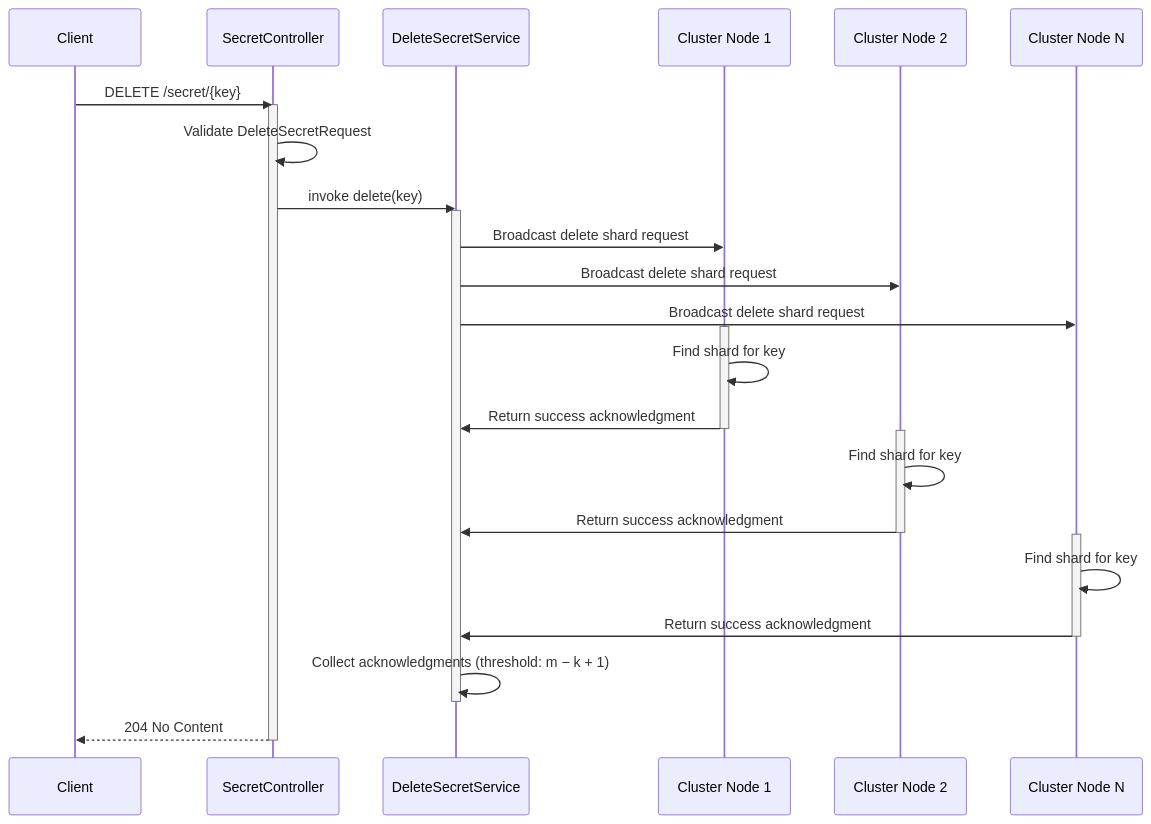
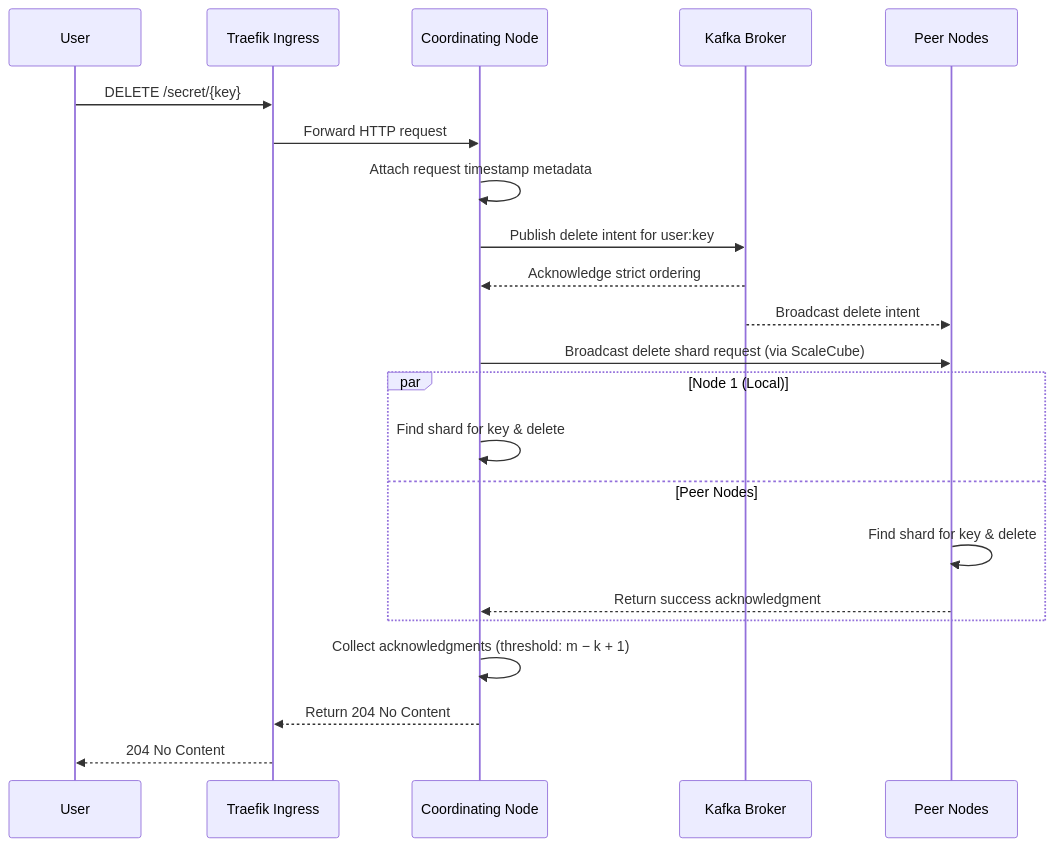
One commit to S26-Distributed-Capstone/DistributedSecretsVault changed the diagram in docs/crud/delete.md. Above: the diagram before and after it, drawn with Mermaid. The commit also changed other lines of this file and 7 other files, not shown here.

````diff
--- a/docs/crud/delete.md
+++ b/docs/crud/delete.md
@@ -29,38 +31,27 @@
 ```mermaid
 sequenceDiagram
-    participant Client
-    participant Controller as SecretController
-    participant Service as DeleteSecretService
-    participant Node1 as Cluster Node 1
-    participant Node2 as Cluster Node 2
-    participant NodeN as Cluster Node N
+    participant User
+    participant Ingress as Traefik Ingress
+    participant Node as Coordinating Node
+    participant Kafka as Kafka Broker
+    participant Peers as Peer Nodes
 
-    Client->>Controller: DELETE /secret/{key}
-    activate Controller
-    Controller->>Controller: Validate DeleteSecretRequest
-    Controller->>Service: invoke delete(key)
-    activate Service
-    Service->>Node1: Broadcast delete shard request
-    Service->>Node2: Broadcast delete shard request
-    Service->>NodeN: Broadcast delete shard request
+    User->>Ingress: DELETE /secret/{key}
+    Ingress->>Node: Forward HTTP request
+    Node->>Node: Attach request timestamp metadata
+    Node->>Kafka: Publish delete intent for user:key
+    Kafka-->>Node: Acknowledge strict ordering
+    Kafka-->>Peers: Broadcast delete intent
+    Node->>Peers: Broadcast delete shard request (via ScaleCube)
+    
+    par Node 1 (Local)
+        Node->>Node: Find shard for key & delete
+    and Peer Nodes
+        Peers->>Peers: Find shard for key & delete
+        Peers-->>Node: Return success acknowledgment
+    end
 
-    activate Node1
-    Node1->>Node1: Find shard for key
-    Node1->>Service: Return success acknowledgment
-    deactivate Node1
-
-    activate Node2
-    Node2->>Node2: Find shard for key
-    Node2->>Service: Return success acknowledgment
-    deactivate Node2
-
-    activate NodeN
-    NodeN->>NodeN: Find shard for key
-    NodeN->>Service: Return success acknowledgment
-    deactivate NodeN
-
-    Service->>Service: Collect acknowledgments (threshold: m − k + 1)
-    deactivate Service
-    Controller-->>Client: 204 No Content
-    deactivate Controller
+    Node->>Node: Collect acknowledgments (threshold: m − k + 1)
+    Node-->>Ingress: Return 204 No Content
+    Ingress-->>User: 204 No Content
 ```
````
